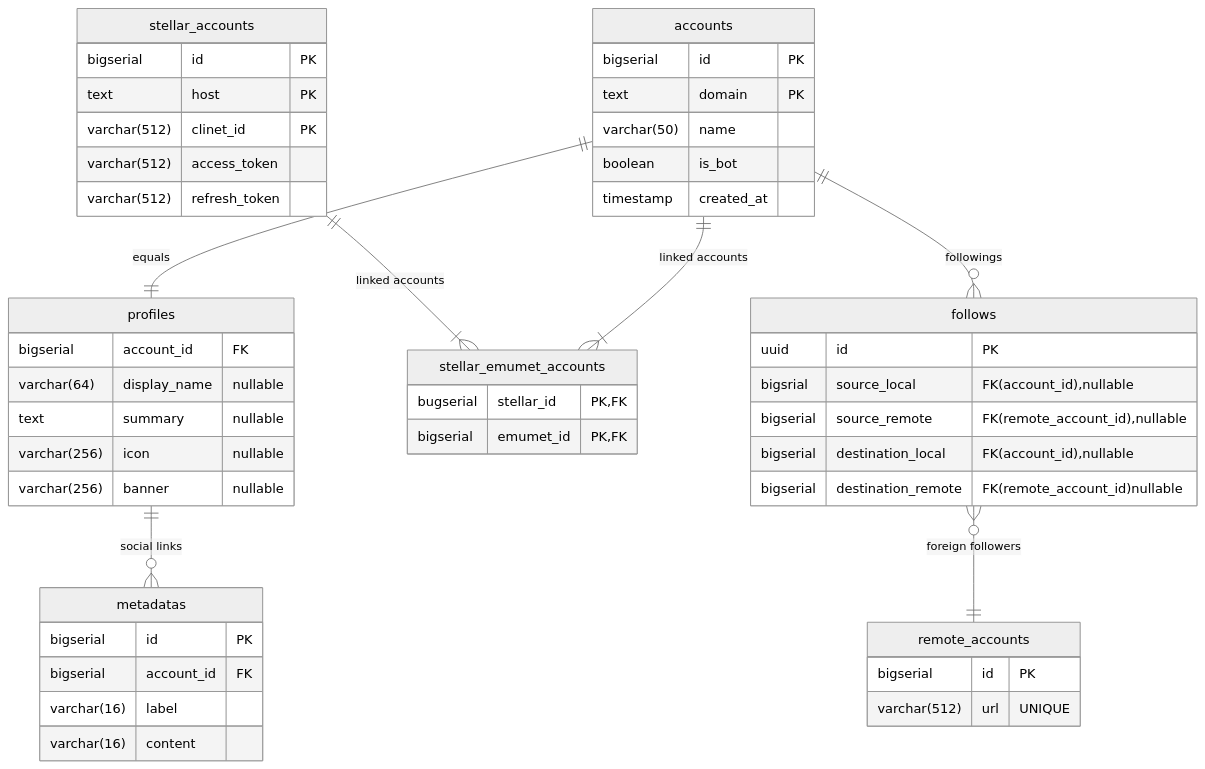
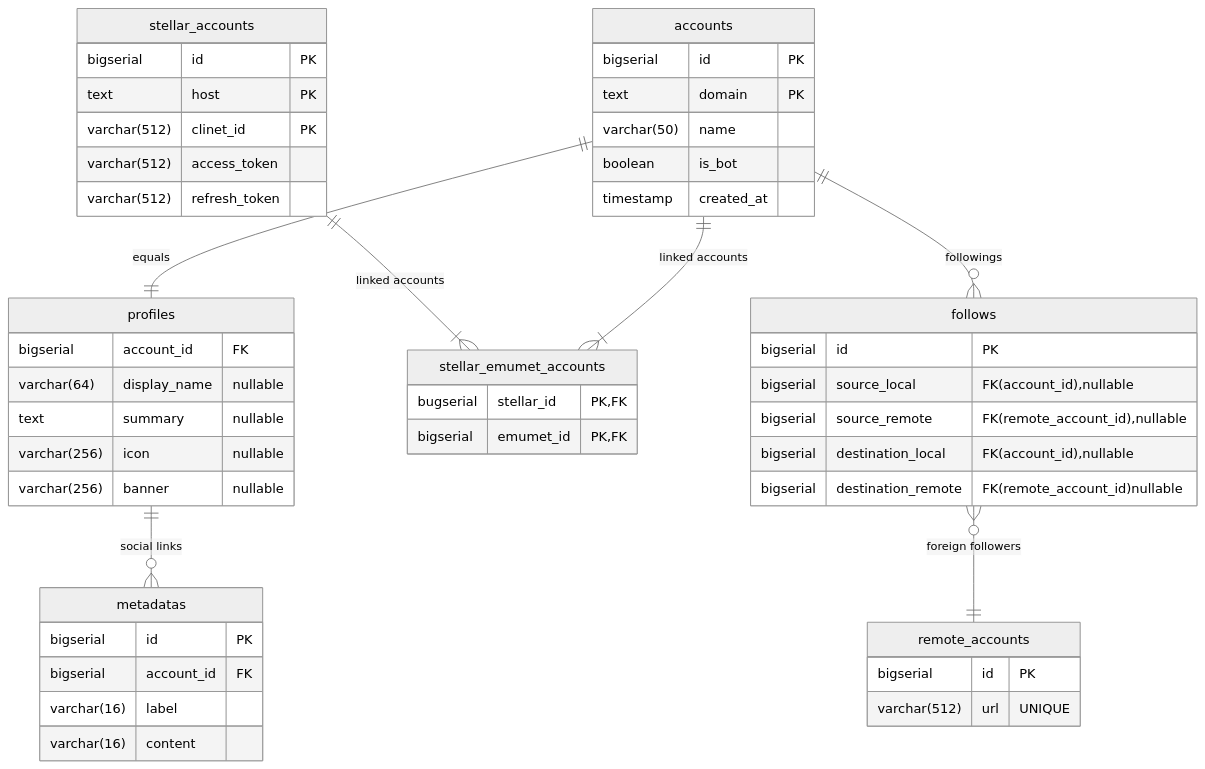
The diagram in docs/emumet/data-structure.md (ShuttlePub/document), drawn with Mermaid (neutral theme) before and after one commit.

Commit message:
Change follow id type to bigserial
- Also fix typo

````diff
--- a/docs/emumet/data-structure.md
+++ b/docs/emumet/data-structure.md
@@ -5,54 +5,54 @@
 ```mermaid
 erDiagram
 accounts {
 	bigserial id "PK"
 	text domain "PK"
 	varchar(50) name
 	boolean is_bot
 	timestamp created_at
 }
 profiles {
 	bigserial account_id "FK"
 	varchar(64) display_name "nullable"
 	text summary "nullable"
  	varchar(256) icon "nullable"
 	varchar(256) banner "nullable"
 }
 metadatas {
 	bigserial id "PK"
 	bigserial account_id "FK"
 	varchar(16) label
 	varchar(16) content
 }
 stellar_accounts {
 	bigserial id "PK"
 	text host "PK"
 	varchar(512) clinet_id "PK"
 	varchar(512) access_token
 	varchar(512) refresh_token
 }
 stellar_emumet_accounts {
 	bugserial stellar_id "PK,FK"
 	bigserial emumet_id "PK,FK"
 }
 follows {
-	uuid id "PK"
-	bigsrial source_local "FK(account_id),nullable"
+	bigserial id "PK"
+	bigserial source_local "FK(account_id),nullable"
 	bigserial source_remote "FK(remote_account_id),nullable"
 	
 	bigserial destination_local "FK(account_id),nullable"
 	bigserial destination_remote "FK(remote_account_id)nullable"
 }
 
 remote_accounts {
 	bigserial id "PK"
 	varchar(512) url "UNIQUE"
 }
 
 accounts ||--|| profiles : "equals"
 stellar_accounts ||--|{ stellar_emumet_accounts : "linked accounts"
 accounts ||--|{ stellar_emumet_accounts : "linked accounts"
 profiles ||--o{ metadatas : "social links"
 accounts ||--o{ follows : "followings"
 follows }o--|| remote_accounts : "foreign followers"
 ```
````
